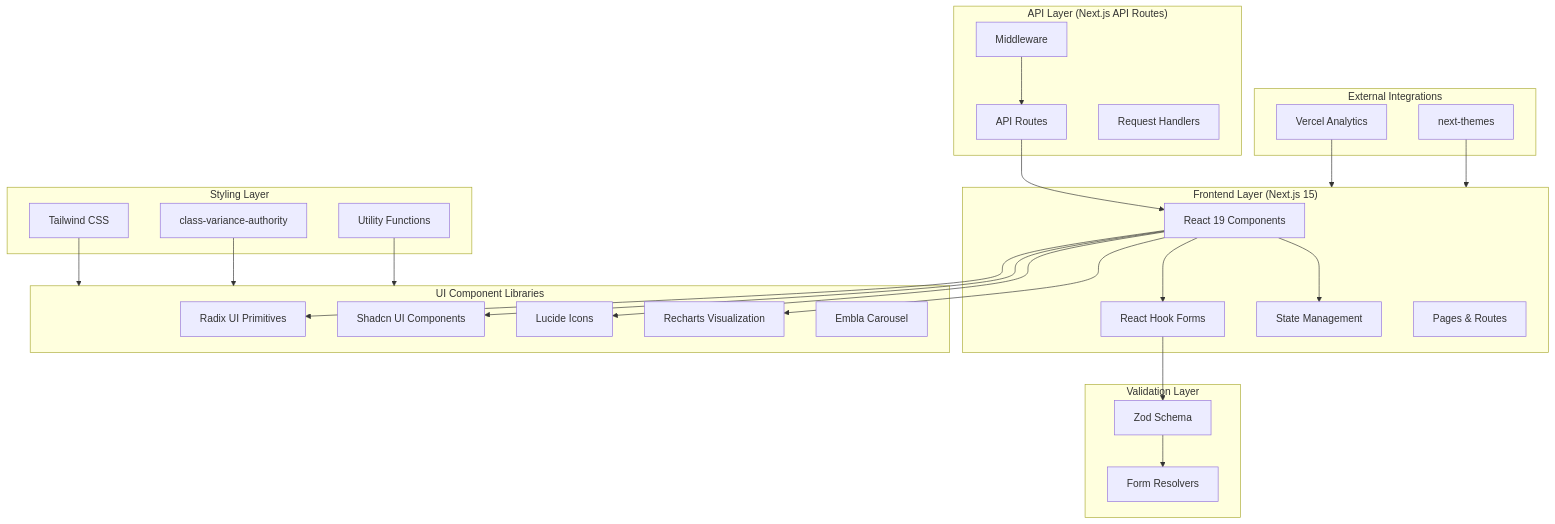
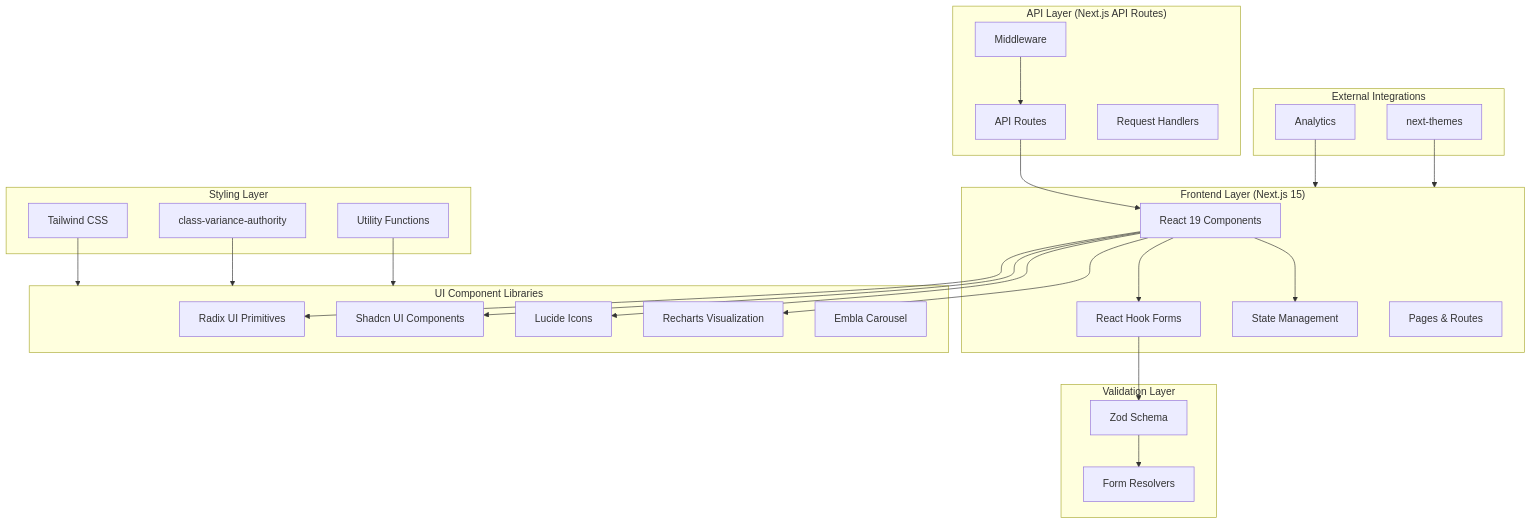
The diagram in README.md (girishlade111/ai-platform-hero), drawn with Mermaid before and after one commit. The commit also changed other lines of this file and 1 other file, not shown here.

Commit message:
Remove v0 and Vercel branding

````diff
--- a/README.md
+++ b/README.md
@@ -35,58 +35,58 @@
 ```mermaid
 flowchart TB
     subgraph Client["Frontend Layer (Next.js 15)"]
         UI[React 19 Components]
         Hooks[React Hook Forms]
         State[State Management]
         Pages[Pages & Routes]
     end
 
     subgraph UI_Lib["UI Component Libraries"]
         Radix[Radix UI Primitives]
         Shadcn[Shadcn UI Components]
         Lucide[Lucide Icons]
         Recharts[Recharts Visualization]
         Carousel[Embla Carousel]
     end
 
     subgraph Backend["API Layer (Next.js API Routes)"]
         Routes[API Routes]
         Middleware[Middleware]
         Handlers[Request Handlers]
     end
 
     subgraph Integrations["External Integrations"]
-        Vercel[Vercel Analytics]
+        Analytics[Analytics]
         Theme[next-themes]
     end
 
     subgraph Styling["Styling Layer"]
         Tailwind[Tailwind CSS]
         CVA[class-variance-authority]
         Utils[Utility Functions]
     end
 
     subgraph Validation["Validation Layer"]
         Zod[Zod Schema]
         Resolvers[Form Resolvers]
     end
 
     UI --> Radix
     UI --> Shadcn
     UI --> Lucide
     UI --> Recharts
     UI --> Hooks
     UI --> State
     
     Routes --> UI
     Middleware --> Routes
     Hooks --> Zod
     Zod --> Resolvers
     
-    Vercel --> Client
+    Analytics --> Client
     Theme --> Client
     
     Tailwind --> UI_Lib
     CVA --> UI_Lib
     Utils --> UI_Lib
 ```
````
